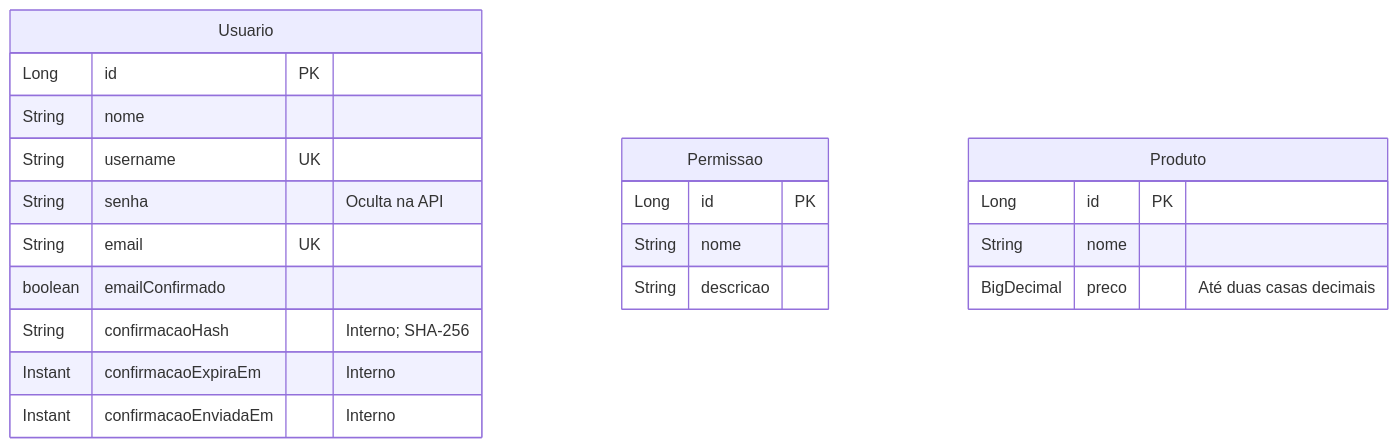
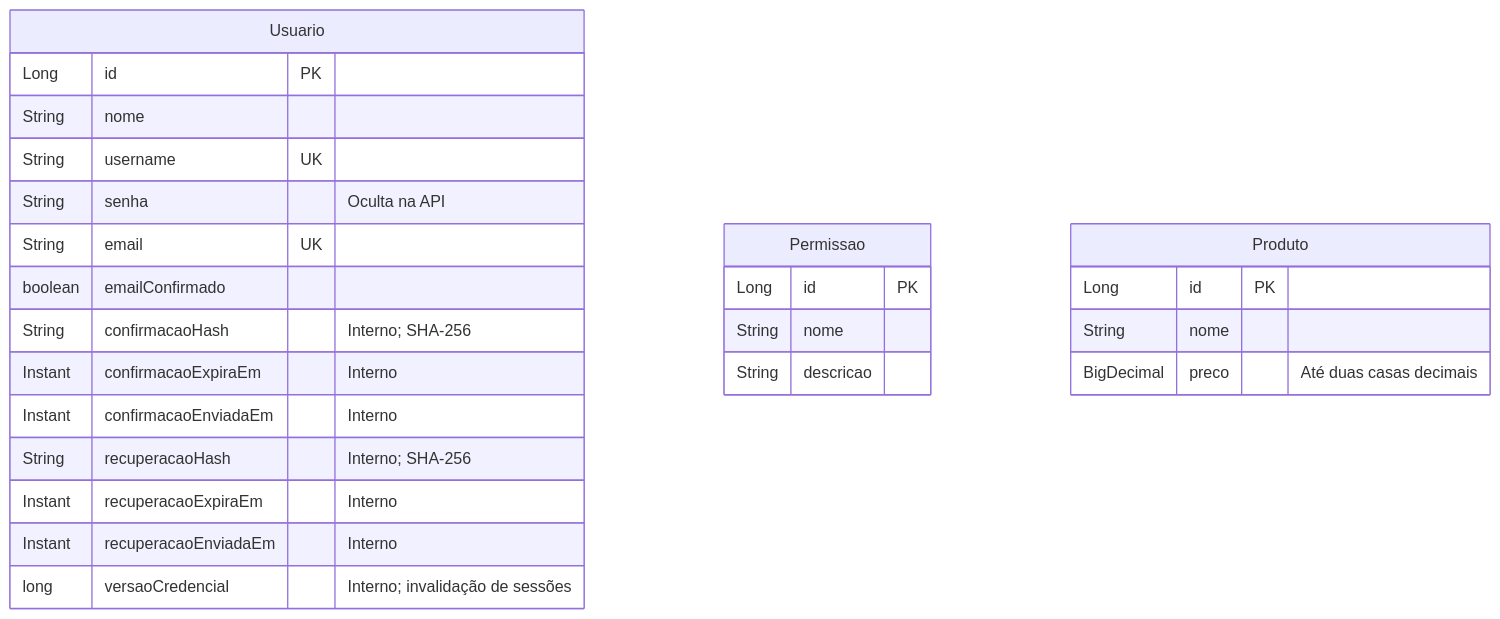
The third of 5 diagrams in README.md (Z3NYN/diegoabreu-web2-fullstack), drawn with Mermaid before and after one commit. The commit also changed other lines of this file and 25 other files, not shown here.

````diff
--- a/README.md
+++ b/README.md
@@ -163,24 +205,28 @@
 ```mermaid
 erDiagram
     Usuario {
         Long id PK
         String nome
         String username UK
         String senha "Oculta na API"
         String email UK
         boolean emailConfirmado
         String confirmacaoHash "Interno; SHA-256"
         Instant confirmacaoExpiraEm "Interno"
         Instant confirmacaoEnviadaEm "Interno"
+        String recuperacaoHash "Interno; SHA-256"
+        Instant recuperacaoExpiraEm "Interno"
+        Instant recuperacaoEnviadaEm "Interno"
+        long versaoCredencial "Interno; invalidação de sessões"
     }
     Permissao {
         Long id PK
         String nome
         String descricao
     }
     Produto {
         Long id PK
         String nome
         BigDecimal preco "Até duas casas decimais"
     }
 ```
````
